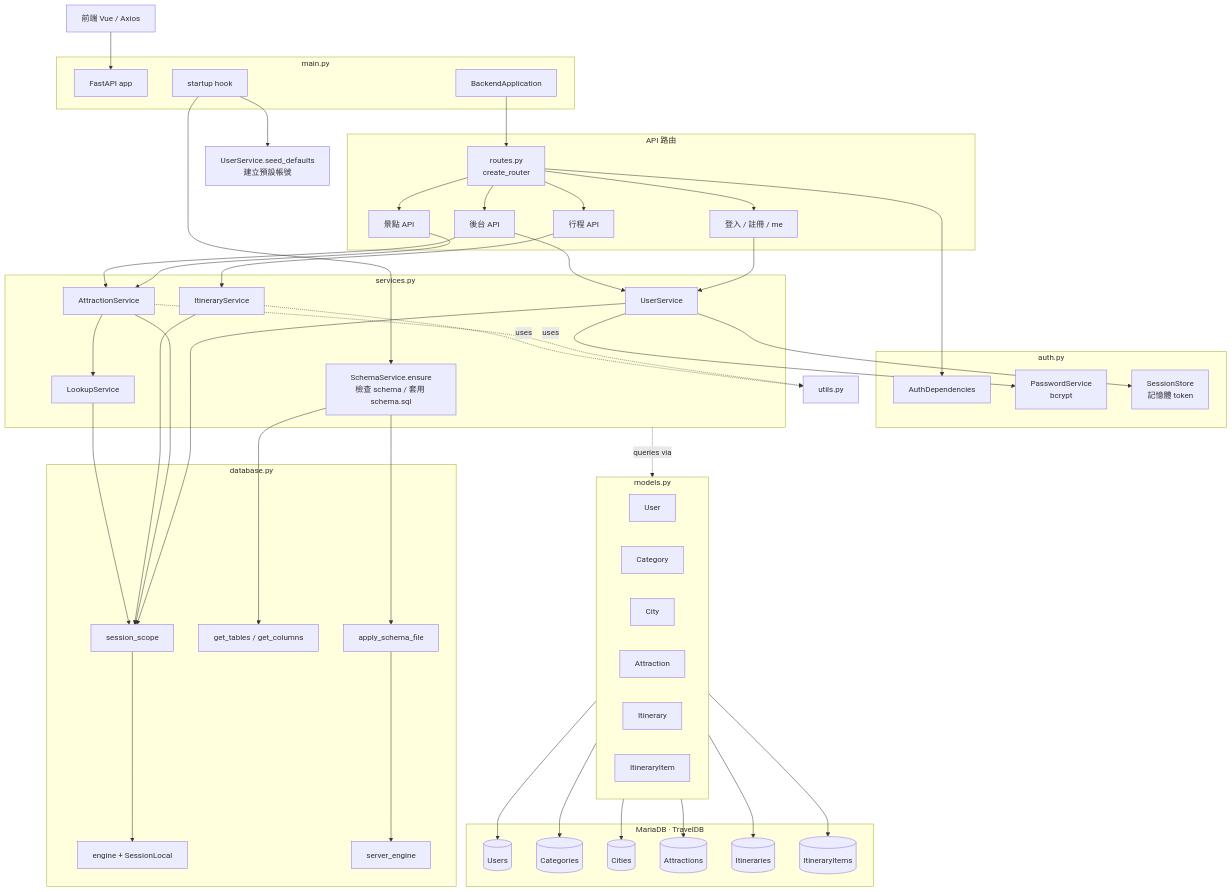
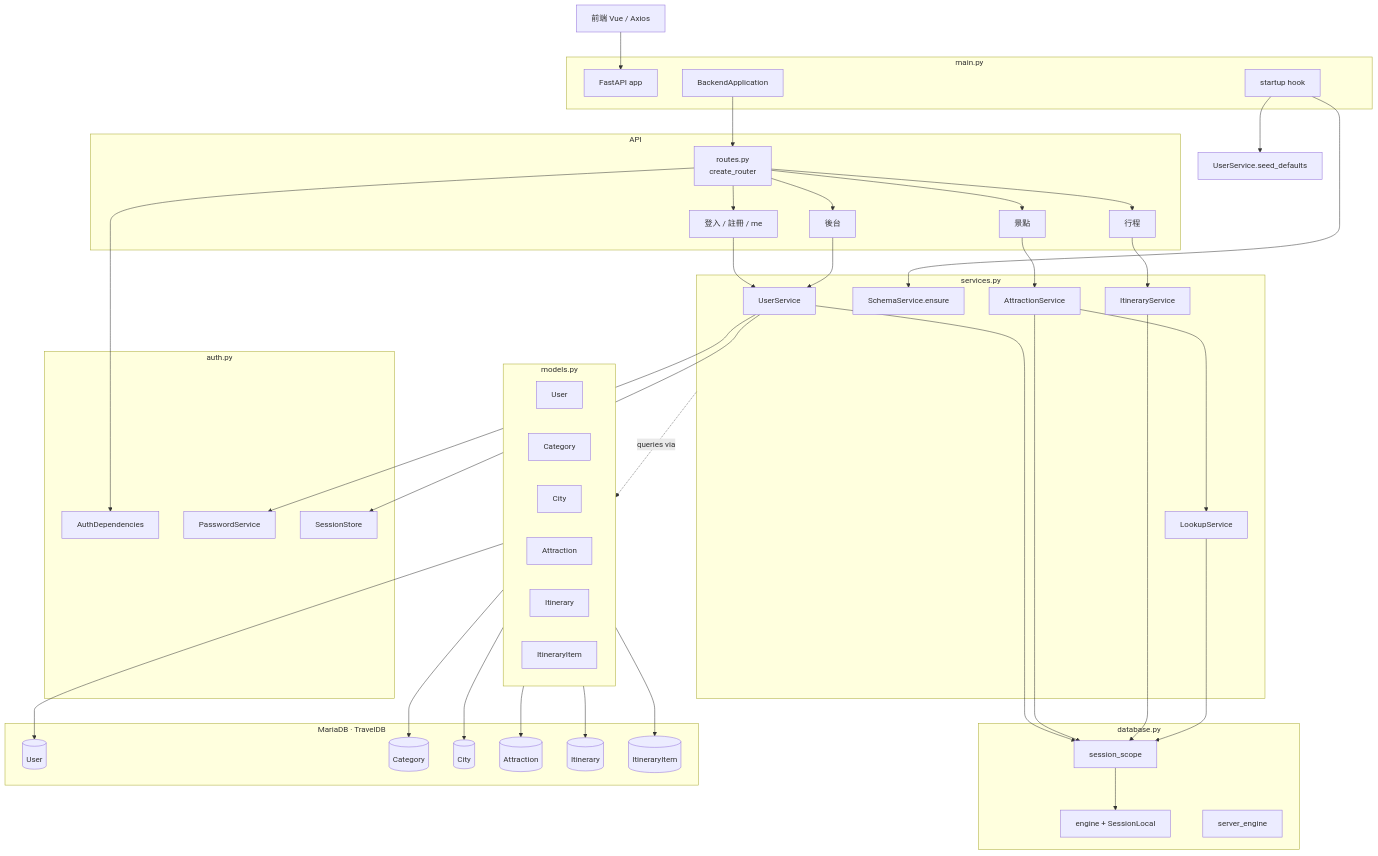
One commit to bluesky-317/travel_web changed the first of 2 diagrams in backend/backend_structure.md. Above: the diagram before and after it, drawn with Mermaid. The commit also changed other lines of this file and 4 other files, not shown here.

```diff
--- a/backend/backend_structure.md
+++ b/backend/backend_structure.md
@@ -376,20 +206,20 @@
     end
 
     AppFactory --> Routes[routes.py<br/>create_router]
-    Startup --> SchemaSvc[SchemaService.ensure<br/>檢查 schema / 套用 schema.sql]
-    Startup --> Seed[UserService.seed_defaults<br/>建立預設帳號]
+    Startup --> SchemaSvc[SchemaService.ensure]
+    Startup --> Seed[UserService.seed_defaults]
 
-    subgraph RouteLayer["API 路由"]
+    subgraph RouteLayer["API"]
         Routes --> AuthRoutes[登入 / 註冊 / me]
-        Routes --> AttractionRoutes[景點 API]
-        Routes --> ItineraryRoutes[行程 API]
-        Routes --> AdminRoutes[後台 API]
+        Routes --> AttractionRoutes[景點]
+        Routes --> ItineraryRoutes[行程]
+        Routes --> AdminRoutes[後台]
     end
 
     subgraph AuthLayer["auth.py"]
         AuthDeps[AuthDependencies]
-        PasswordSvc[PasswordService<br/>bcrypt]
-        SessionStore[SessionStore<br/>記憶體 token]
+        PasswordSvc[PasswordService]
+        SessionStore[SessionStore]
     end
 
     subgraph ServiceLayer["services.py"]
@@ -413,44 +243,35 @@
         Engine[engine + SessionLocal]
         ServerEngine[server_engine]
         Scope[session_scope]
-        Inspect[get_tables / get_columns]
-        ApplySQL[apply_schema_file]
     end
 
     subgraph MariaDB["MariaDB · TravelDB"]
-        T_Users[(Users)]
-        T_Cat[(Categories)]
-        T_City[(Cities)]
-        T_Attr[(Attractions)]
-        T_Itin[(Itineraries)]
-        T_Item[(ItineraryItems)]
+        T_User[(User)]
+        T_Cat[(Category)]
+        T_City[(City)]
+        T_Attr[(Attraction)]
+        T_Itin[(Itinerary)]
+        T_Item[(ItineraryItem)]
     end
 
     AuthRoutes --> UserSvc
     AttractionRoutes --> AttractionSvc
     ItineraryRoutes --> ItinerarySvc
     AdminRoutes --> UserSvc
-    AdminRoutes --> AttractionSvc
 
     Routes --> AuthDeps
     UserSvc --> PasswordSvc
     UserSvc --> SessionStore
     AttractionSvc --> LookupSvc
-    AttractionSvc -.uses.-> Utils[utils.py]
-    ItinerarySvc -.uses.-> Utils
 
     UserSvc --> Scope
     AttractionSvc --> Scope
     ItinerarySvc --> Scope
     LookupSvc --> Scope
-    SchemaSvc --> Inspect
-    SchemaSvc --> ApplySQL
 
     Scope --> Engine
-    ApplySQL --> ServerEngine
-
     ServiceLayer -.queries via.-> ModelsLayer
-    ModelsLayer --> T_Users
+    ModelsLayer --> T_User
     ModelsLayer --> T_Cat
     ModelsLayer --> T_City
     ModelsLayer --> T_Attr
```
